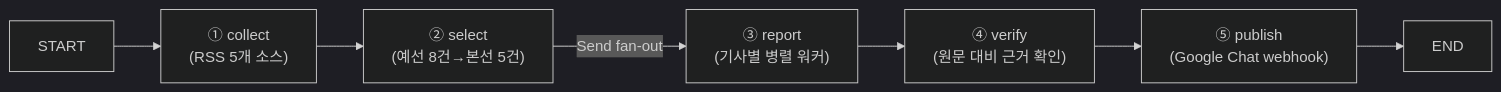
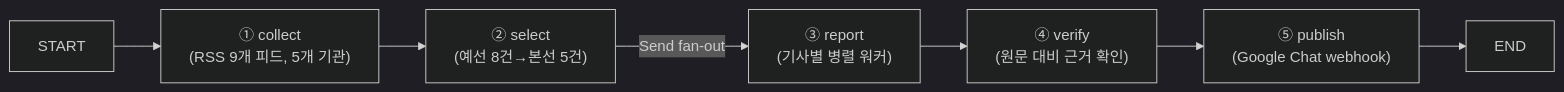
The diagram in REPORT.md (elfinnani-byte/my-newsletter), drawn with Mermaid (dark theme) before and after one commit. The commit also changed other lines of this file and 1 other file, not shown here.

````diff
--- a/REPORT.md
+++ b/REPORT.md
@@ -50,9 +50,9 @@
 ```mermaid
 graph LR
-  START --> collect["① collect\n(RSS 5개 소스)"]
+  START --> collect["① collect\n(RSS 9개 피드, 5개 기관)"]
   collect --> select["② select\n(예선 8건→본선 5건)"]
   select -->|Send fan-out| report["③ report\n(기사별 병렬 워커)"]
   report --> verify["④ verify\n(원문 대비 근거 확인)"]
   verify --> publish["⑤ publish\n(Google Chat webhook)"]
   publish --> END
 ```
````
